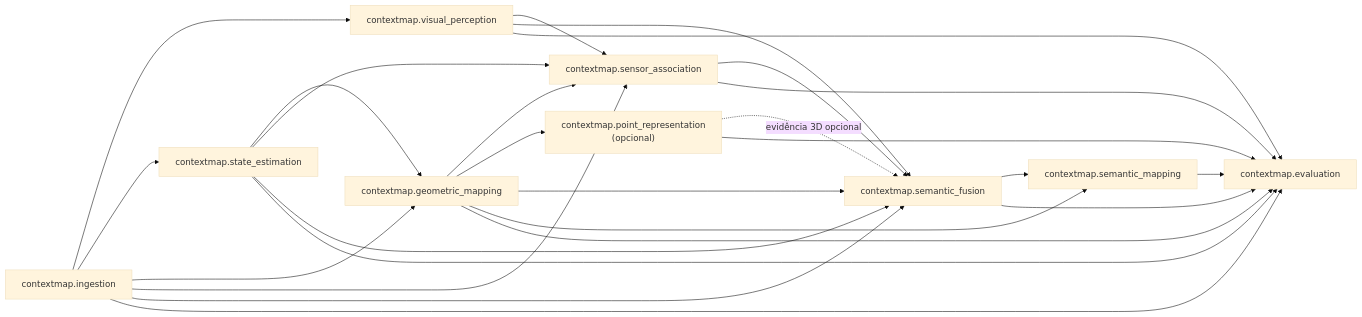
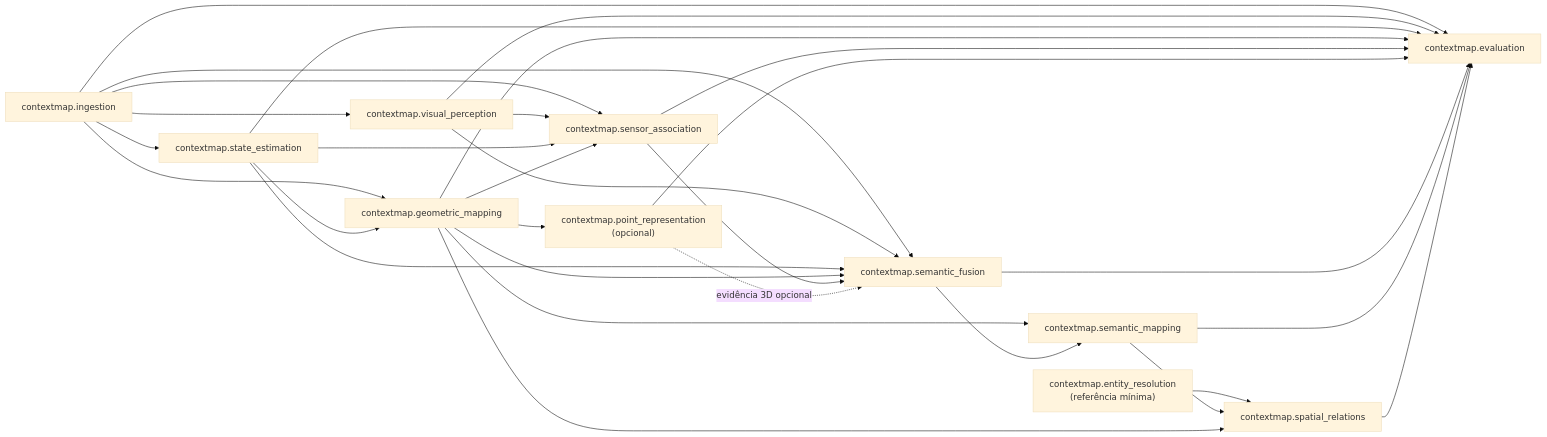
One commit to Alexandre-Tortoza/contextmap2 changed the diagram in docs/module-api.md. Above: the diagram before and after it, drawn with Mermaid (base theme). The commit also changed other lines of this file and 6 other files, not shown here.

First line of the commit message:
docs(spatial-relations): integrate the milestone into the global documentation

````diff
--- a/docs/module-api.md
+++ b/docs/module-api.md
@@ -36,29 +36,33 @@
 ```mermaid
 flowchart LR
     ING["contextmap.ingestion"] --> VP["contextmap.visual_perception"]
     ING --> ST["contextmap.state_estimation"]
     ING --> GM["contextmap.geometric_mapping"]
     ST --> GM["contextmap.geometric_mapping"]
     ING --> SA["contextmap.sensor_association"]
     VP --> SA["contextmap.sensor_association"]
     ST --> SA
     GM --> SA
     GM --> PR["contextmap.point_representation<br/>(opcional)"]
     ING --> SF["contextmap.semantic_fusion"]
     VP --> SF
     ST --> SF
     GM --> SF
     SA --> SF["contextmap.semantic_fusion"]
     PR -. evidência 3D opcional .-> SF
     GM --> SM["contextmap.semantic_mapping"]
     SF --> SM
+    ER["contextmap.entity_resolution<br/>(referência mínima)"] --> SR["contextmap.spatial_relations"]
+    SM --> SR
+    GM --> SR
 
     ING --> EV["contextmap.evaluation"]
     VP --> EV["contextmap.evaluation"]
     ST --> EV
     GM --> EV
     SA --> EV
     PR --> EV
     SF --> EV
     SM --> EV
+    SR --> EV
 ```
````
